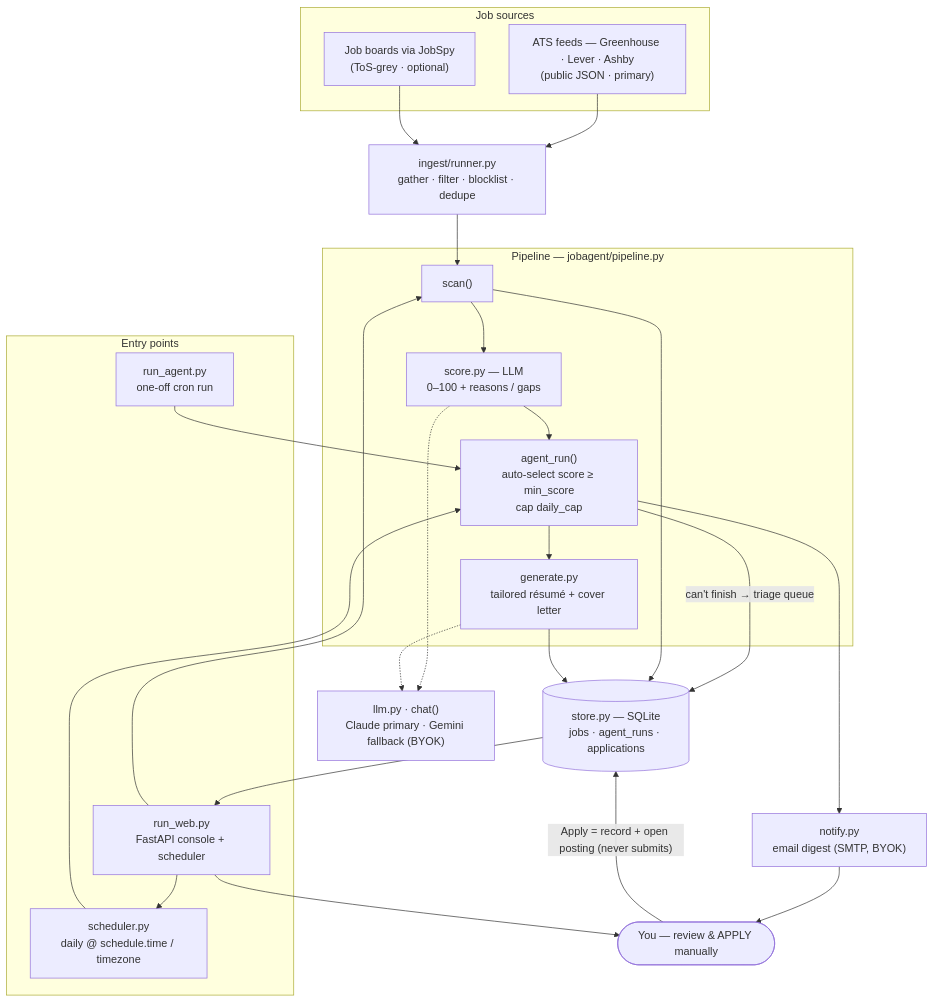
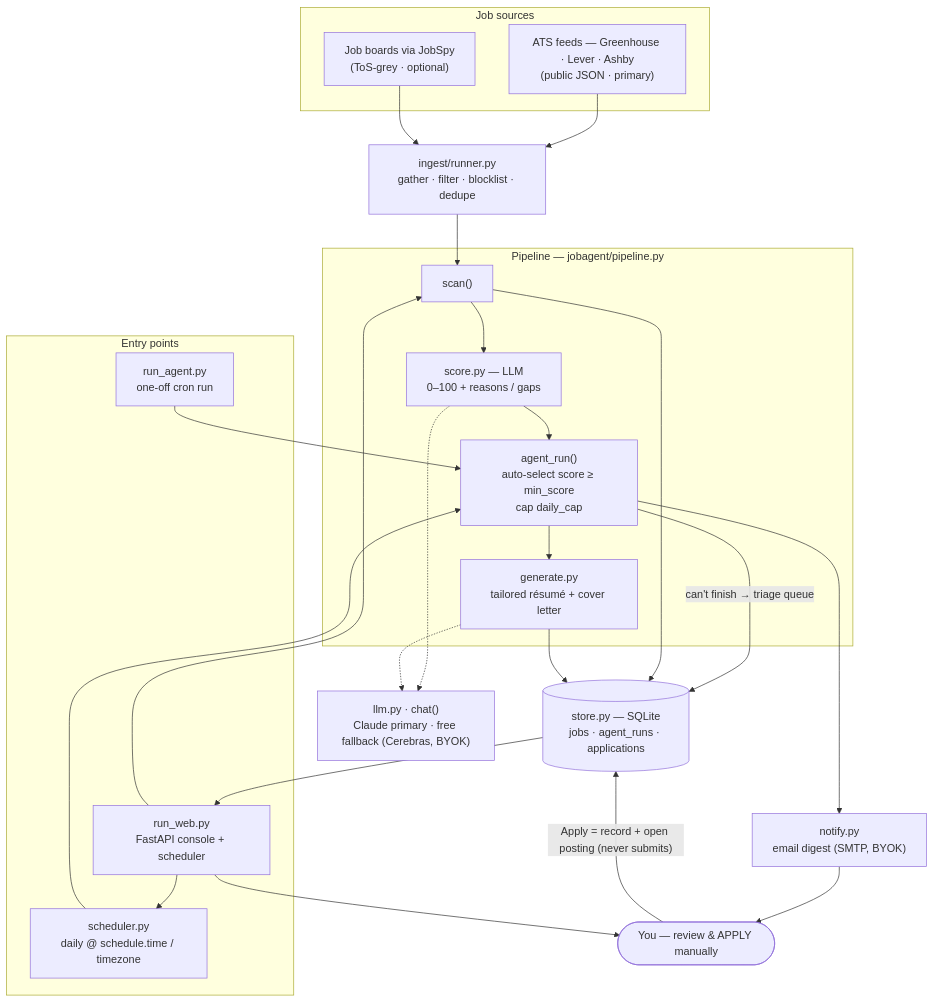
One commit to zeyadelganainy/job-agent-autopilot changed the diagram in README.md. Above: the diagram before and after it, drawn with Mermaid. The commit also changed other lines of this file and 15 other files, not shown here.

First line of the commit message:
llm: replace Gemini fallback with free OpenAI-compatible provider (Cerebras) + model fallthrough

````diff
--- a/README.md
+++ b/README.md
@@ -70,43 +70,43 @@
 ```mermaid
 flowchart TB
     subgraph sources["Job sources"]
         ATS["ATS feeds — Greenhouse · Lever · Ashby<br/>(public JSON · primary)"]
         BOARDS["Job boards via JobSpy<br/>(ToS-grey · optional)"]
     end
 
     RUNNER["ingest/runner.py<br/>gather · filter · blocklist · dedupe"]
 
     subgraph core["Pipeline — jobagent/pipeline.py"]
         SCAN["scan()"]
         SCORE["score.py — LLM<br/>0–100 + reasons / gaps"]
         AGENT["agent_run()<br/>auto-select score ≥ min_score<br/>cap daily_cap"]
         GEN["generate.py<br/>tailored résumé + cover letter"]
     end
 
-    LLM["llm.py · chat()<br/>Claude primary · Gemini fallback (BYOK)"]
+    LLM["llm.py · chat()<br/>Claude primary · free fallback (Cerebras, BYOK)"]
     DB[("store.py — SQLite<br/>jobs · agent_runs · applications")]
     EMAIL["notify.py<br/>email digest (SMTP, BYOK)"]
     USER(["You — review &amp; APPLY manually"])
 
     subgraph entry["Entry points"]
         WEB["run_web.py<br/>FastAPI console + scheduler"]
         CLI["run_agent.py<br/>one-off cron run"]
         SCHED["scheduler.py<br/>daily @ schedule.time / timezone"]
     end
 
     ATS --> RUNNER
     BOARDS --> RUNNER
     RUNNER --> SCAN --> SCORE --> AGENT --> GEN
     SCORE -.-> LLM
     GEN -.-> LLM
     AGENT -- "can't finish → triage queue" --> DB
     SCAN --> DB
     GEN --> DB
     CLI --> AGENT
     SCHED --> AGENT
     WEB --> SCAN
     WEB --> SCHED
     AGENT --> EMAIL --> USER
     DB --> WEB --> USER
     USER -- "Apply = record + open posting (never submits)" --> DB
 ```
````
